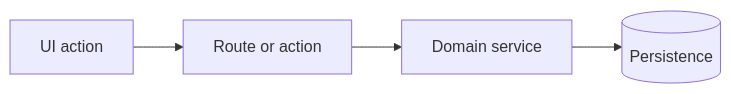
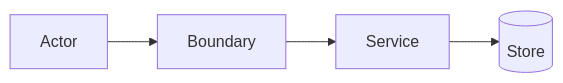
One commit to mvagnon/plan-based-agentic-workflow changed the diagram in skills/feed-pm/references/task-specification.md. Above: the diagram before and after it, drawn with Mermaid. The commit also changed other lines of this file and 25 other files, not shown here.

````diff
--- a/skills/feed-pm/references/task-specification.md
+++ b/skills/feed-pm/references/task-specification.md
@@ -154,6 +47,6 @@
 ```mermaid
 flowchart LR
-  UI[UI action] --> API[Route or action]
-  API --> Service[Domain service]
-  Service --> Store[(Persistence)]
+  Actor[Actor] --> Boundary[Boundary]
+  Boundary --> Service[Service]
+  Service --> Store[(Store)]
 ```
````
